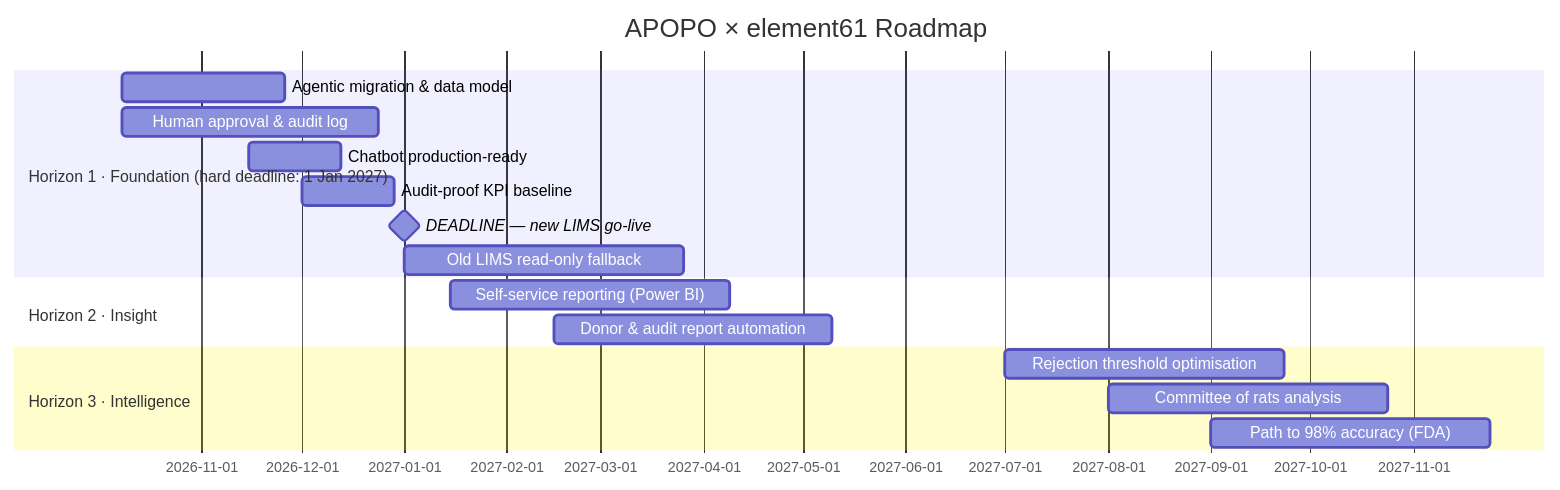
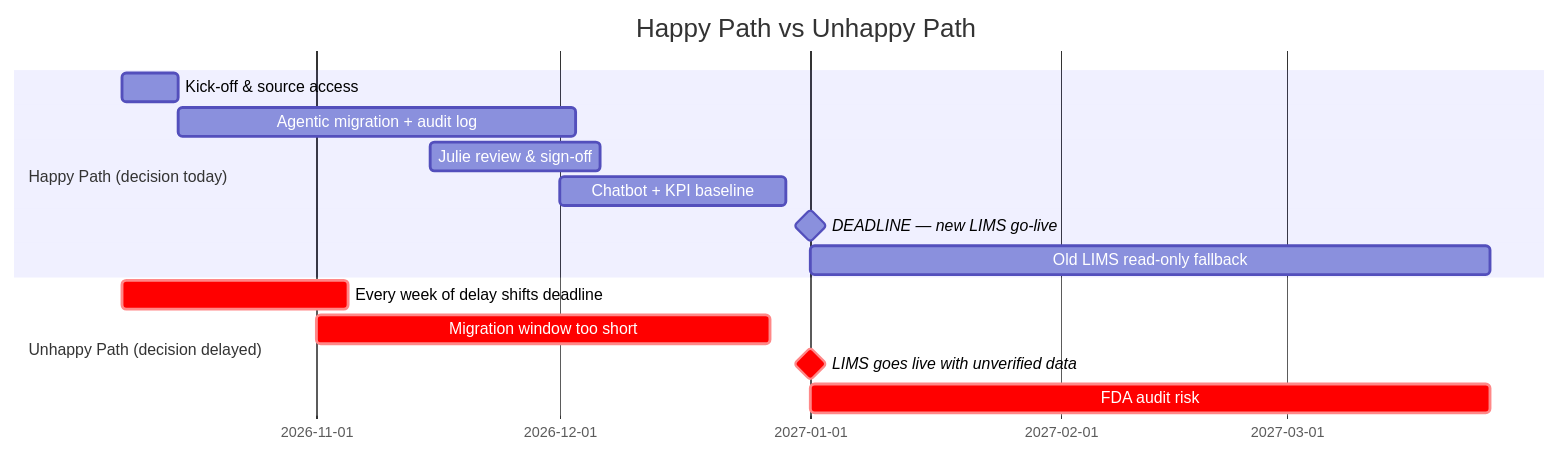
The second of 2 diagrams in meeting-notes/poc-presentation-plan.md (stefanoslucenae61/hackton_apopo), drawn with Mermaid before and after one commit. The commit also changed other lines of this file and 1 other file, not shown here.

Commit message:
Refactor meeting notes for clarity and structure; update presentation plan with action items and improved data quality descriptions.

````diff
--- a/meeting-notes/poc-presentation-plan.md
+++ b/meeting-notes/poc-presentation-plan.md
@@ -131,19 +120,17 @@
 ```mermaid
 gantt
-    title APOPO × element61 Roadmap
+    title Happy Path vs Unhappy Path
     dateFormat  YYYY-MM-DD
-    section Horizon 1 · Foundation (hard deadline: 1 Jan 2027)
-    Agentic migration & data model     :h1a, 2026-10-08, 7w
-    Human approval & audit log         :h1b, 2026-10-08, 11w
-    Chatbot production-ready           :h1c, 2026-11-15, 4w
-    Audit-proof KPI baseline           :h1d, 2026-12-01, 4w
+    section Happy Path (decision today)
+    Kick-off & source access           :h1a, 2026-10-08, 1w
+    Agentic migration + audit log      :h1b, 2026-10-15, 7w
+    Julie review & sign-off            :h1c, 2026-11-15, 3w
+    Chatbot + KPI baseline             :h1d, 2026-12-01, 4w
     DEADLINE — new LIMS go-live        :milestone, 2027-01-01, 0d
     Old LIMS read-only fallback        :h1e, 2027-01-01, 12w
-    section Horizon 2 · Insight
-    Self-service reporting (Power BI)  :h2a, 2027-01-15, 12w
-    Donor & audit report automation    :h2b, 2027-02-15, 12w
-    section Horizon 3 · Intelligence
-    Rejection threshold optimisation   :h3a, 2027-07-01, 12w
-    Committee of rats analysis         :h3b, 2027-08-01, 12w
-    Path to 98% accuracy (FDA)         :h3c, 2027-09-01, 12w
+    section Unhappy Path (decision delayed)
+    Every week of delay shifts deadline:crit, delay, 2026-10-08, 4w
+    Migration window too short         :crit, 2026-11-01, 8w
+    LIMS goes live with unverified data:milestone, crit, 2027-01-01, 0d
+    FDA audit risk                     :crit, 2027-01-01, 12w
 ```
````
